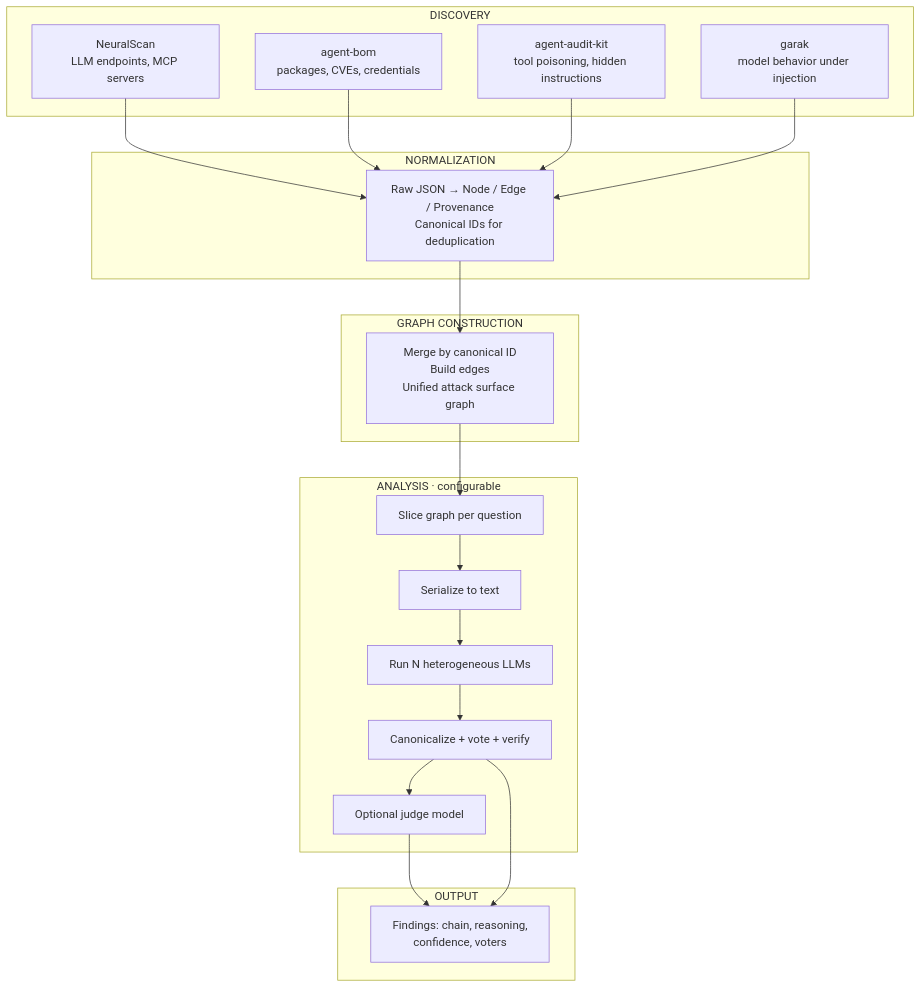
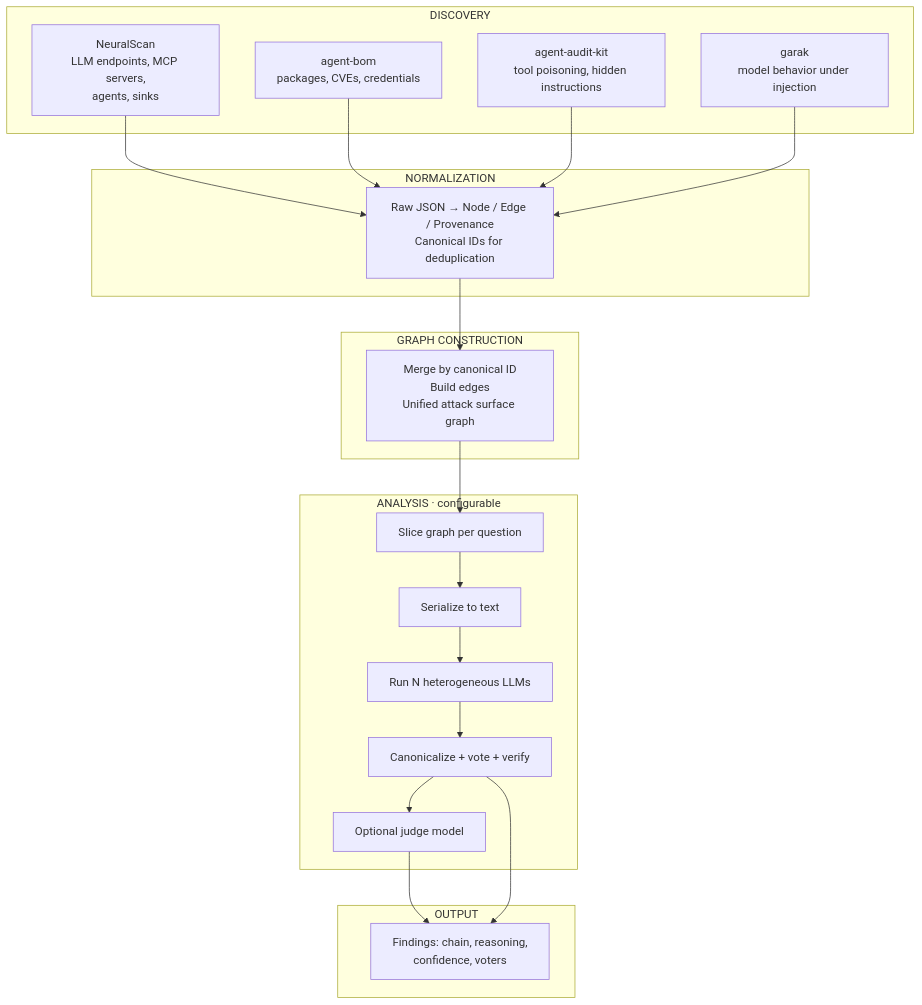
Before and after one commit to Malinowiy/AICorellator: the diagram in README.md, drawn with Mermaid. The commit also changed other lines of this file, not shown here.

First line of the commit message:
Revise README for tool updates and data model clarity

````diff
--- a/README.md
+++ b/README.md
@@ -50,42 +52,42 @@
 ```mermaid
 flowchart TD
     subgraph DISCOVERY
-        N[NeuralScan<br/>LLM endpoints, MCP servers]
+        N[NeuralScan<br/>LLM endpoints, MCP servers,<br/>agents, sinks]
         A[agent-bom<br/>packages, CVEs, credentials]
-        M[agent-audit-kit<br/>tool poisoning, hidden instructions]
+        K[agent-audit-kit<br/>tool poisoning, hidden instructions]
         G[garak<br/>model behavior under injection]
     end
 
     subgraph NORMALIZATION
         NR[Raw JSON → Node / Edge / Provenance<br/>Canonical IDs for deduplication]
     end
 
     subgraph GRAPH[GRAPH CONSTRUCTION]
         GC[Merge by canonical ID<br/>Build edges<br/>Unified attack surface graph]
     end
 
     subgraph ANALYSIS[ANALYSIS · configurable]
         SL[Slice graph per question]
         SE[Serialize to text]
         LLM[Run N heterogeneous LLMs]
         VT[Canonicalize + vote + verify]
         JD[Optional judge model]
     end
 
     subgraph OUTPUT
         O[Findings: chain, reasoning,<br/>confidence, voters]
     end
 
     N --> NR
     A --> NR
-    M --> NR
+    K --> NR
     G --> NR
     NR --> GC
     GC --> SL
     SL --> SE
     SE --> LLM
     LLM --> VT
     VT --> JD
     JD --> O
     VT --> O
 ```
````
